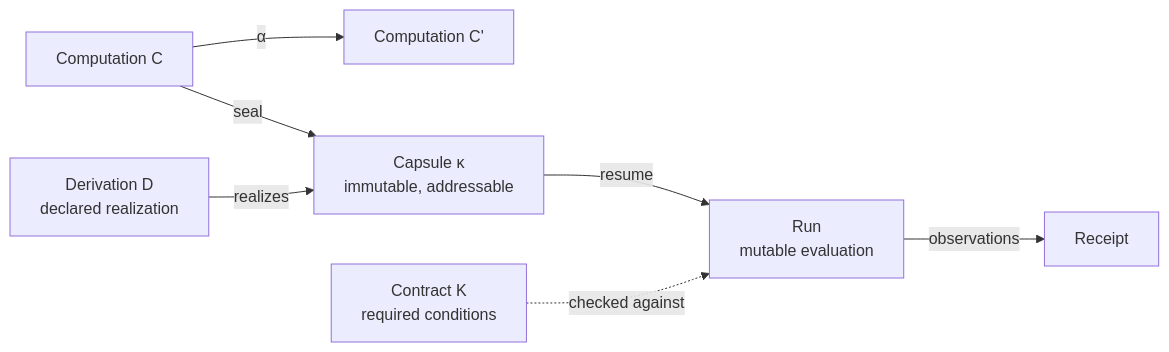
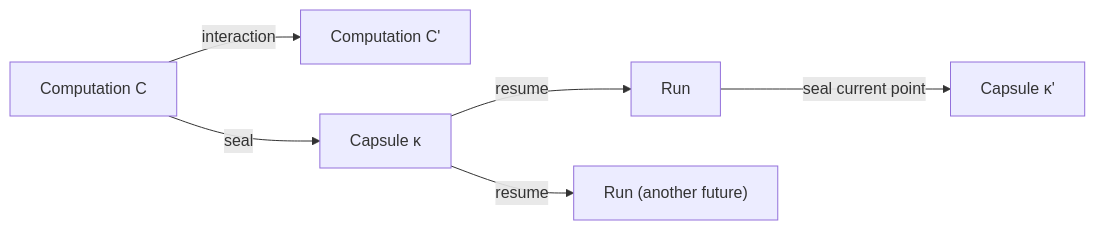
Before and after one commit to ato-run/ato: the first of 2 diagrams in README.md, drawn with Mermaid. The commit also changed other lines of this file and 2 other files, not shown here.

````diff
--- a/README.md
+++ b/README.md
@@ -32,9 +46,8 @@
 ```mermaid
 flowchart LR
-    C["Computation C"] -->|"α"| C2["Computation C'"]
-    C -->|"seal"| CAP["Capsule κ<br/>immutable, addressable"]
-    CAP -->|"resume"| RUN["Run<br/>mutable evaluation"]
-    K["Contract K<br/>required conditions"] -.->|"checked against"| RUN
-    D["Derivation D<br/>declared realization"] -->|"realizes"| CAP
-    RUN -->|"observations"| REC["Receipt"]
+    C["Computation C"] -->|"interaction"| C2["Computation C'"]
+    C -->|"seal"| CAP["Capsule κ"]
+    CAP -->|"resume"| RUN["Run"]
+    RUN -->|"seal current point"| CAP2["Capsule κ'"]
+    CAP -->|"resume"| RUN2["Run (another future)"]
 ```
````
